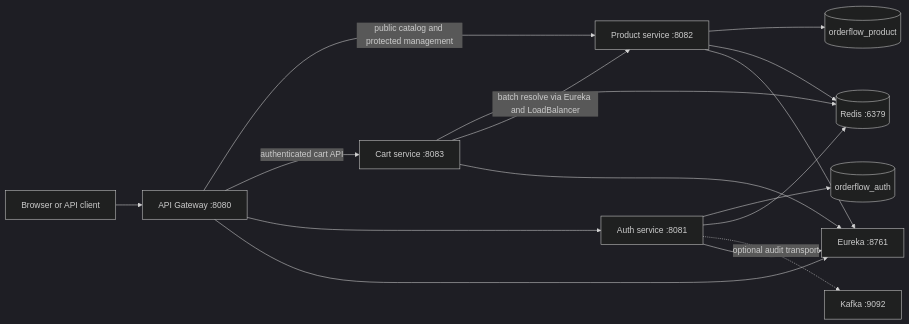
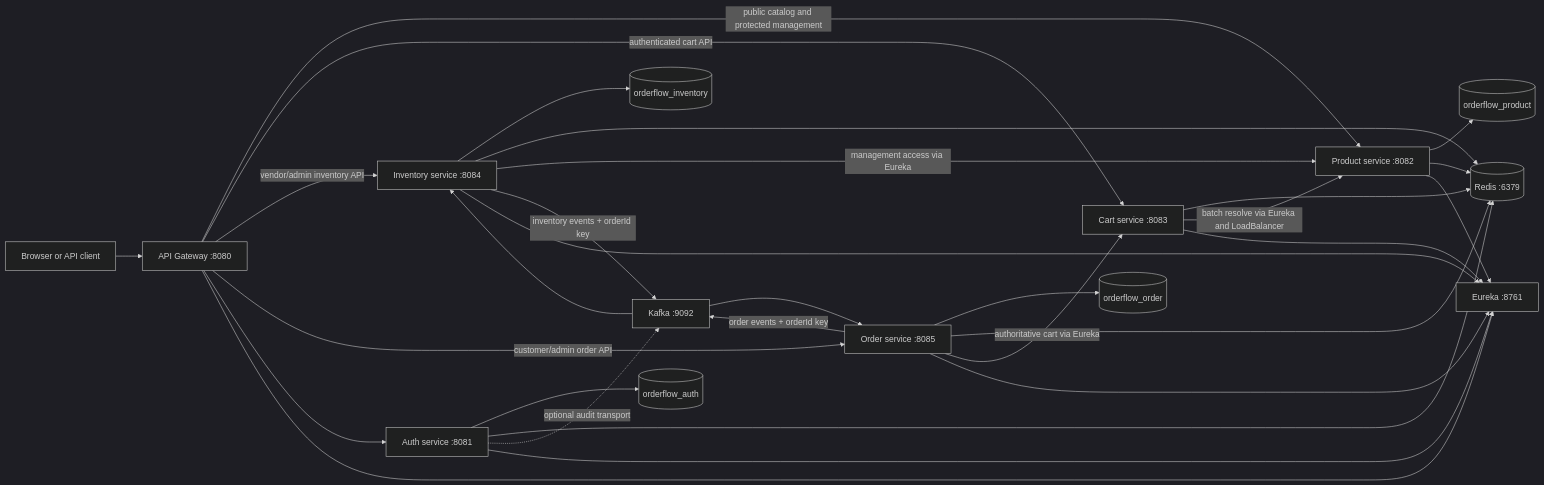
The first of 2 diagrams in orderflow/README.md (Roshan17431/OrderFlow), drawn with Mermaid (dark theme) before and after one commit. The commit also changed other lines of this file and 11 other files, not shown here.

Commit message:
docs(phase4): document inventory order and Kafka architecture

````diff
--- a/orderflow/README.md
+++ b/orderflow/README.md
@@ -10,18 +9,32 @@
 ```mermaid
 flowchart LR
     Client["Browser or API client"] --> Gateway["API Gateway :8080"]
     Gateway -->|"public catalog and protected management"| Product["Product service :8082"]
     Gateway -->|"authenticated cart API"| Cart["Cart service :8083"]
+    Gateway -->|"vendor/admin inventory API"| Inventory["Inventory service :8084"]
+    Gateway -->|"customer/admin order API"| Order["Order service :8085"]
     Gateway --> Auth["Auth service :8081"]
     Product --> ProductDB[("orderflow_product")]
+    Inventory --> InventoryDB[("orderflow_inventory")]
+    Order --> OrderDB[("orderflow_order")]
     Product --> Redis[("Redis :6379")]
     Cart --> Redis
+    Inventory --> Redis
+    Order --> Redis
     Cart -->|"batch resolve via Eureka and LoadBalancer"| Product
+    Inventory -->|"management access via Eureka"| Product
+    Order -->|"authoritative cart via Eureka"| Cart
+    Order -->|"order events + orderId key"| Kafka["Kafka :9092"]
+    Kafka --> Inventory
+    Inventory -->|"inventory events + orderId key"| Kafka
+    Kafka --> Order
     Auth --> AuthDB[("orderflow_auth")]
     Auth --> Redis
-    Auth -. "optional audit transport" .-> Kafka["Kafka :9092"]
+    Auth -. "optional audit transport" .-> Kafka
     Gateway --> Eureka["Eureka :8761"]
     Auth --> Eureka
     Product --> Eureka
     Cart --> Eureka
+    Inventory --> Eureka
+    Order --> Eureka
 ```
````
